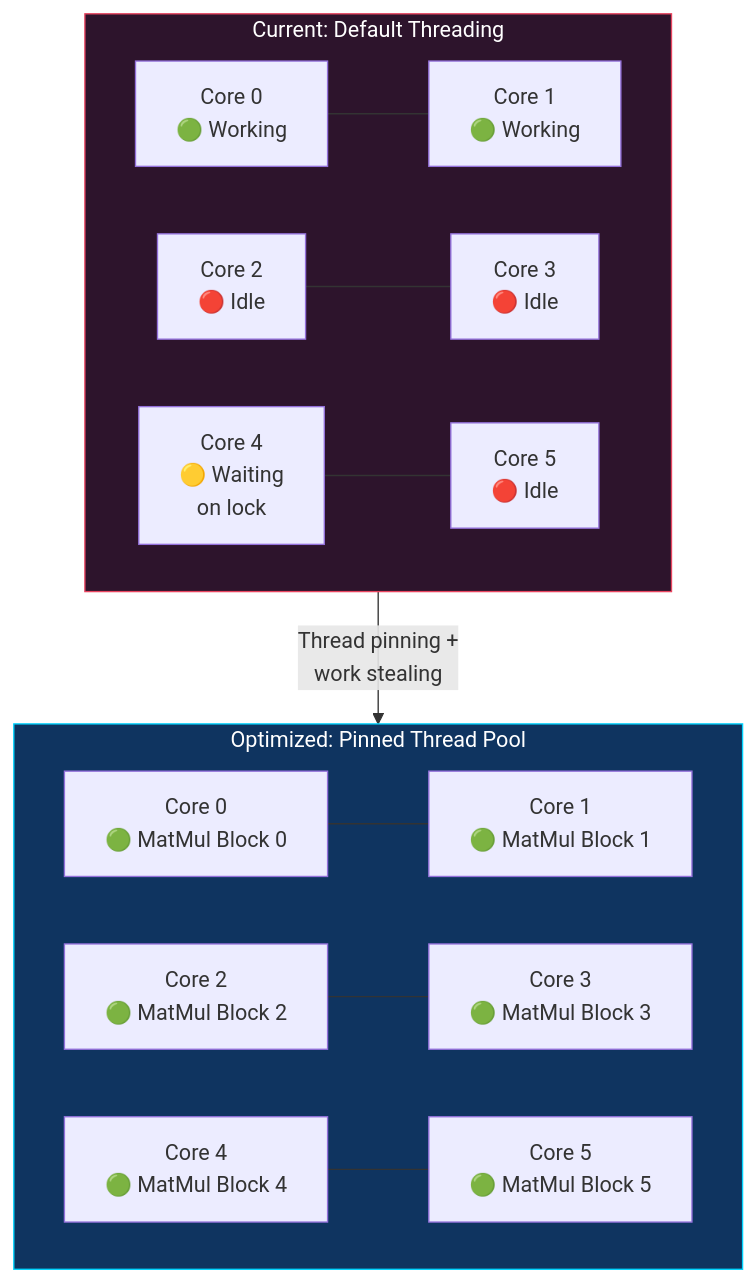
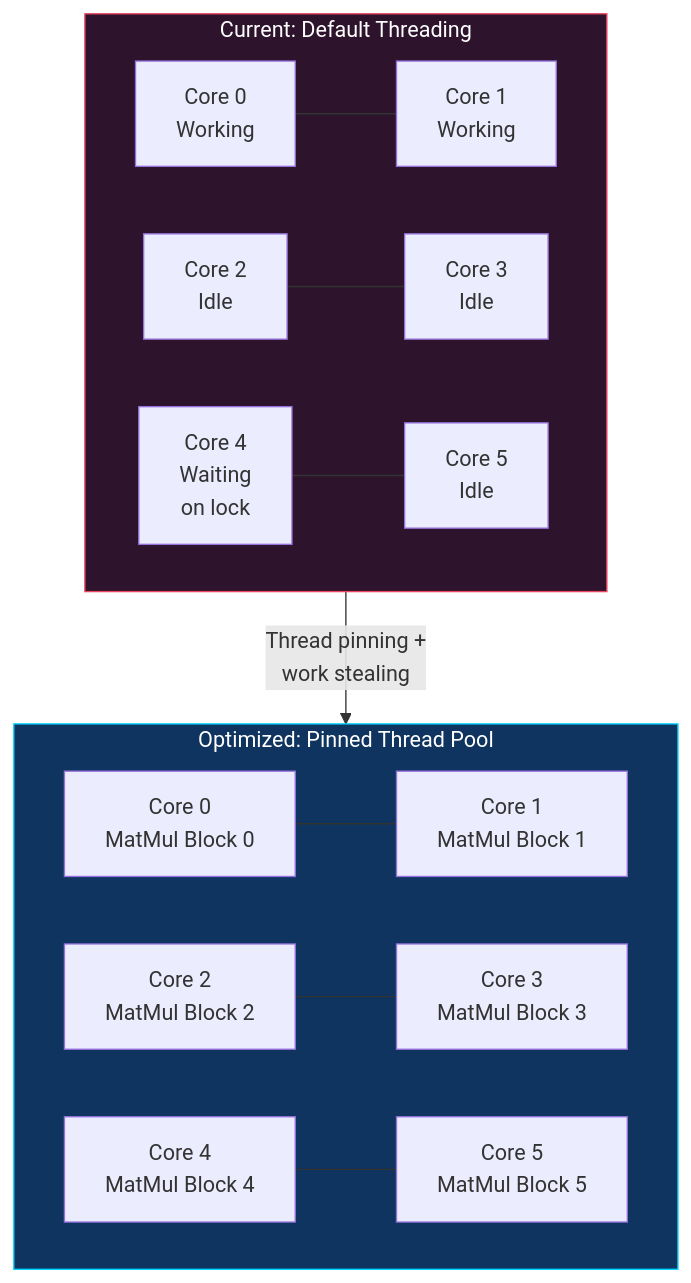
One commit to ch09/Low_Latency_Inference_optimization_LLM-LL_LLM- changed diagram 15 of 25 in docs/project_documentation.md. Above: the diagram before and after it, drawn with Mermaid. The commit also changed other lines of this file and 1 other file, not shown here.

````diff
--- a/docs/project_documentation.md
+++ b/docs/project_documentation.md
@@ -544,21 +544,21 @@
 ```mermaid
 flowchart TB
     subgraph Current["Current: Default Threading"]
         direction LR
-        C0["Core 0<br/>🟢 Working"] --- C1["Core 1<br/>🟢 Working"]
-        C2["Core 2<br/>🔴 Idle"] --- C3["Core 3<br/>🔴 Idle"]
-        C4["Core 4<br/>🟡 Waiting<br/>on lock"] --- C5["Core 5<br/>🔴 Idle"]
+        C0["Core 0<br/>Working"] --- C1["Core 1<br/>Working"]
+        C2["Core 2<br/>Idle"] --- C3["Core 3<br/>Idle"]
+        C4["Core 4<br/>Waiting<br/>on lock"] --- C5["Core 5<br/>Idle"]
     end
 
     subgraph Optimized["Optimized: Pinned Thread Pool"]
         direction LR
-        O0["Core 0<br/>🟢 MatMul Block 0"] --- O1["Core 1<br/>🟢 MatMul Block 1"]
-        O2["Core 2<br/>🟢 MatMul Block 2"] --- O3["Core 3<br/>🟢 MatMul Block 3"]
-        O4["Core 4<br/>🟢 MatMul Block 4"] --- O5["Core 5<br/>🟢 MatMul Block 5"]
+        O0["Core 0<br/>MatMul Block 0"] --- O1["Core 1<br/>MatMul Block 1"]
+        O2["Core 2<br/>MatMul Block 2"] --- O3["Core 3<br/>MatMul Block 3"]
+        O4["Core 4<br/>MatMul Block 4"] --- O5["Core 5<br/>MatMul Block 5"]
     end
 
     Current -->|"Thread pinning +<br/>work stealing"| Optimized
 
     style Current fill:#2d142c,stroke:#e94560,color:#fff
     style Optimized fill:#0f3460,stroke:#00d4ff,color:#fff
 ```
````
